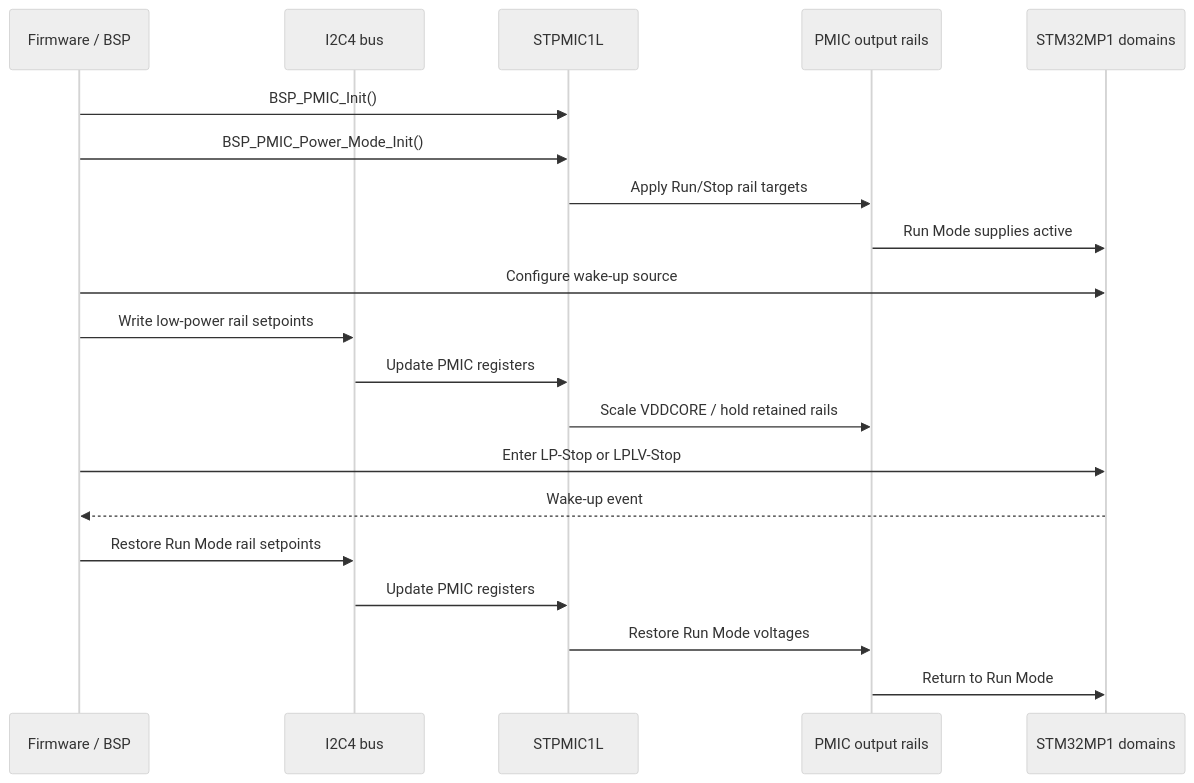
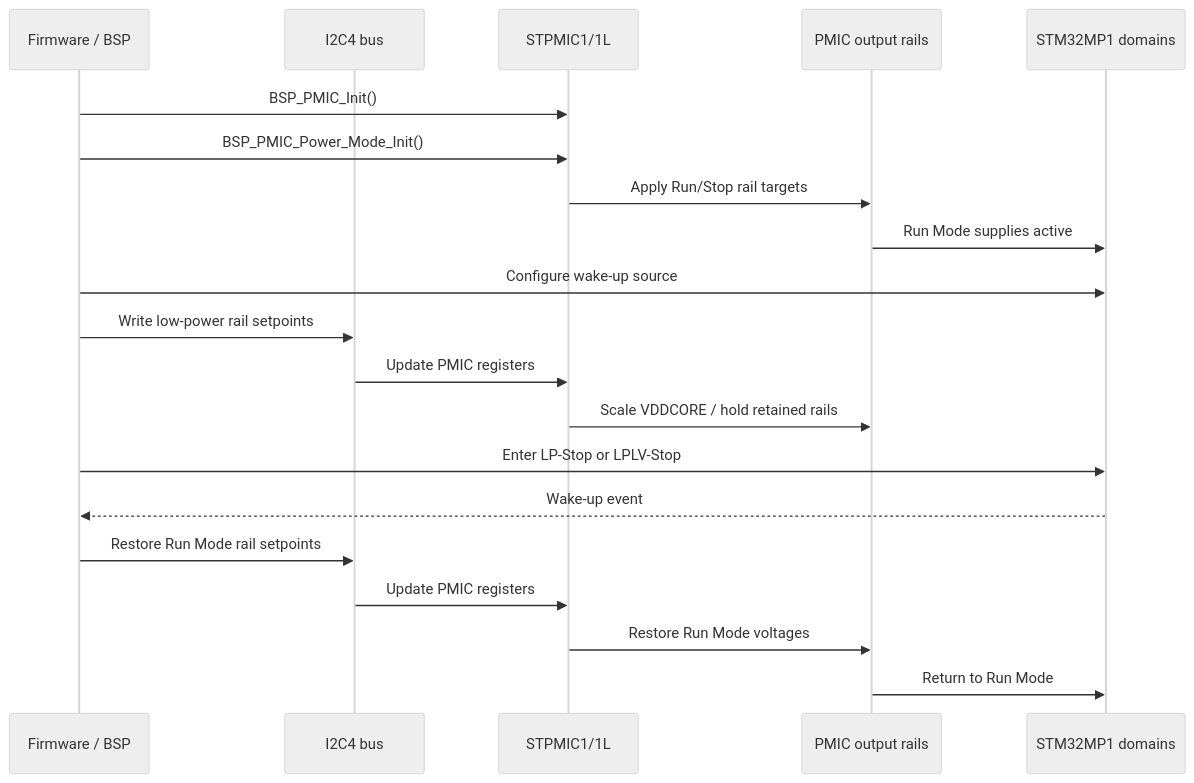
The diagram in 10.Re write using review/Final Paper.md (RohitRamchandani1/PMIC_Paper), drawn with Mermaid (neutral theme) before and after one commit. The commit also changed other lines of this file, not shown here.

````diff
--- a/10.Re write using review/Final Paper.md
+++ b/10.Re write using review/Final Paper.md
@@ -157,23 +159,23 @@
 ```mermaid
 sequenceDiagram
 	participant FW as Firmware / BSP
 	participant I2C as I2C4 bus
-	participant PMIC as STPMIC1L
+	participant PMIC as STPMIC1/1L
 	participant Rails as PMIC output rails
 	participant MPU as STM32MP1 domains
 
 	FW->>PMIC: BSP_PMIC_Init()
 	FW->>PMIC: BSP_PMIC_Power_Mode_Init()
 	PMIC->>Rails: Apply Run/Stop rail targets
 	Rails->>MPU: Run Mode supplies active
 	FW->>MPU: Configure wake-up source
 	FW->>I2C: Write low-power rail setpoints
 	I2C->>PMIC: Update PMIC registers
 	PMIC->>Rails: Scale VDDCORE / hold retained rails
 	FW->>MPU: Enter LP-Stop or LPLV-Stop
 	MPU-->>FW: Wake-up event
 	FW->>I2C: Restore Run Mode rail setpoints
 	I2C->>PMIC: Update PMIC registers
 	PMIC->>Rails: Restore Run Mode voltages
 	Rails->>MPU: Return to Run Mode
 ```
````
